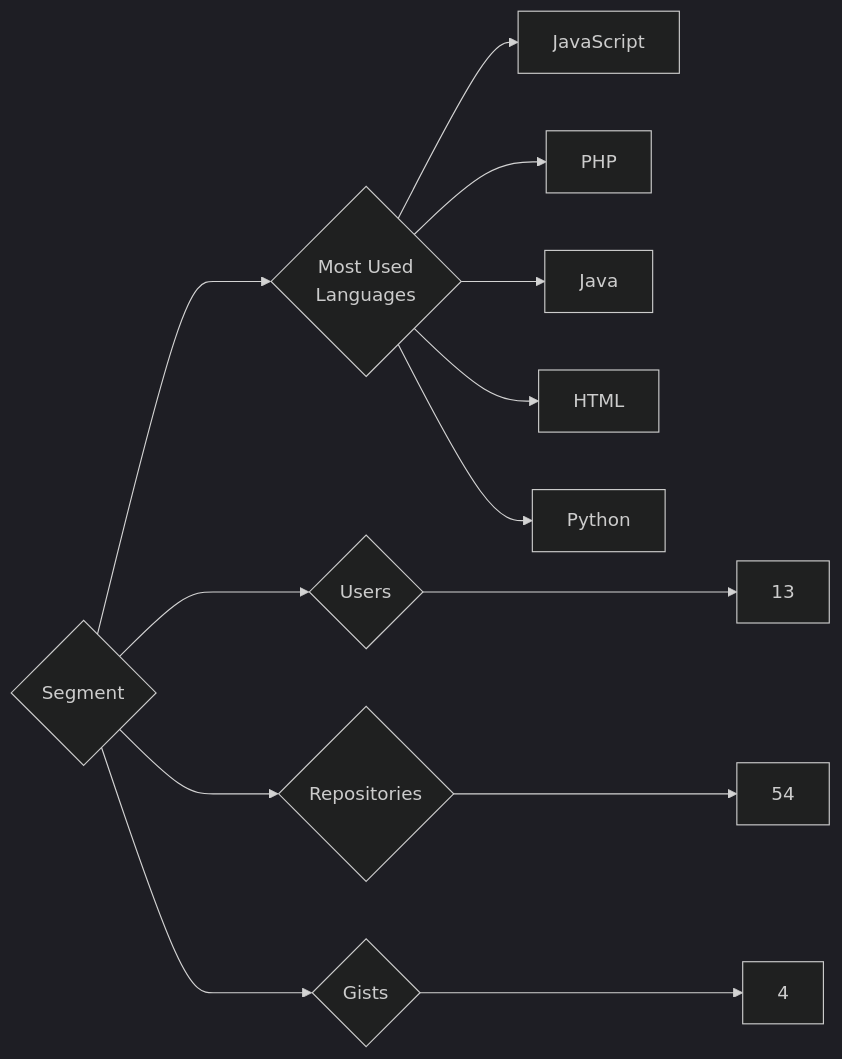
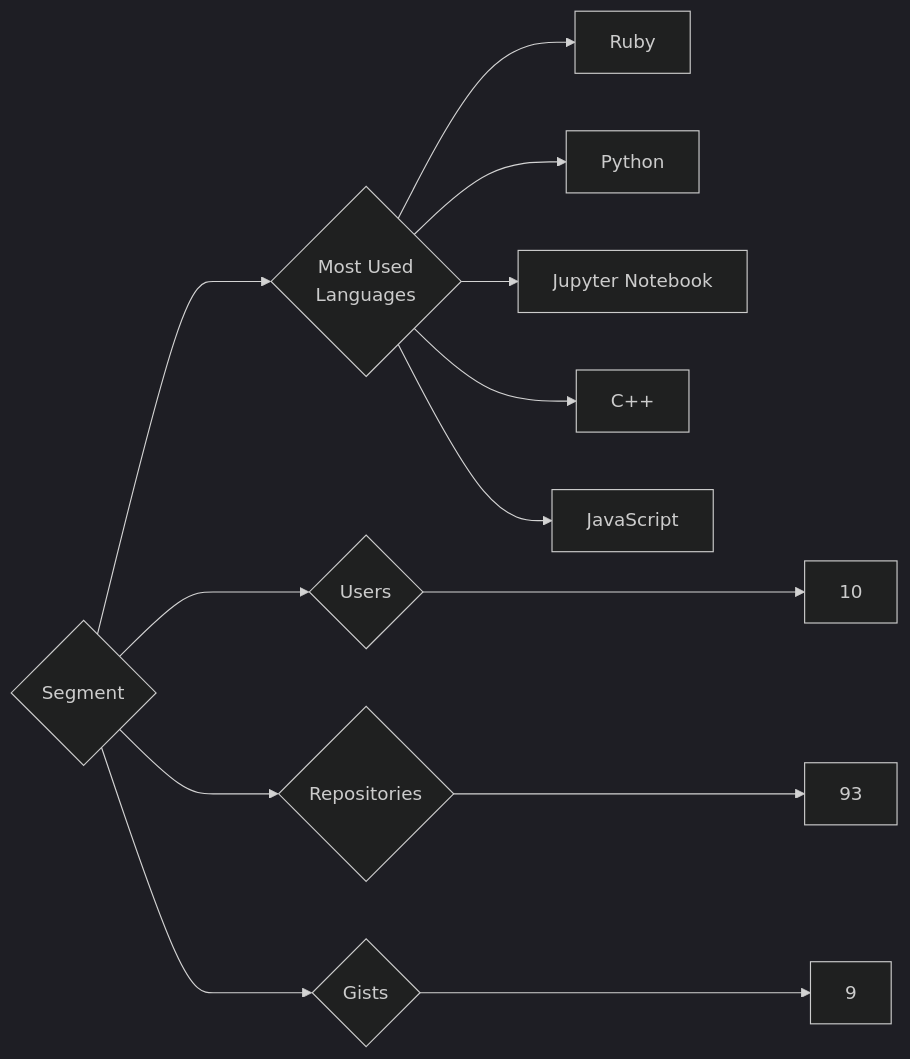
One commit to trickest/insiders changed the diagram in targets/Segment/README.md. Above: the diagram before and after it, drawn with Mermaid (dark theme). The commit also changed 835 other files, not shown here.

````diff
--- a/targets/Segment/README.md
+++ b/targets/Segment/README.md
@@ -3,13 +3,13 @@
 ```mermaid
 graph LR
 COMPANY_NAME{Segment}
-COMPANY_NAME ---> U{Users} ---> UN[13]
-COMPANY_NAME ---> R{Repositories} ---> RN[54]
-COMPANY_NAME ---> G{Gists} ---> GN[4]
+COMPANY_NAME ---> U{Users} ---> UN[10]
+COMPANY_NAME ---> R{Repositories} ---> RN[93]
+COMPANY_NAME ---> G{Gists} ---> GN[9]
 COMPANY_NAME ---> ML{Most Used<br>Languages}
+ML --> Ruby[Ruby]
+ML --> Python[Python]
+ML --> Jupyter_Notebook[Jupyter Notebook]
+ML --> C++[C++]
 ML --> JavaScript[JavaScript]
-ML --> PHP[PHP]
-ML --> Java[Java]
-ML --> HTML[HTML]
-ML --> Python[Python]
 ```
````
